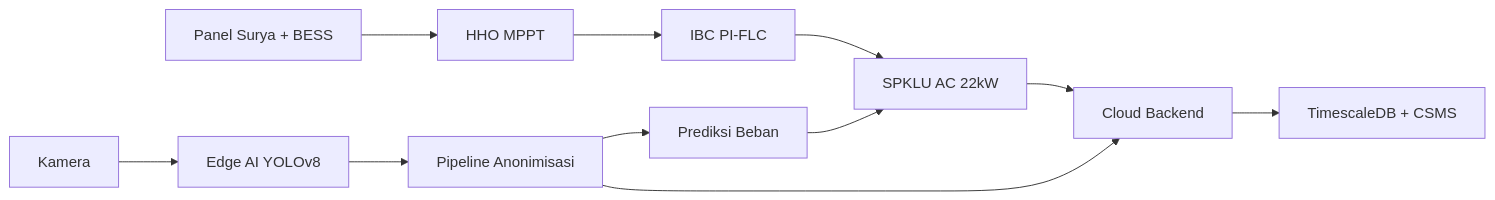
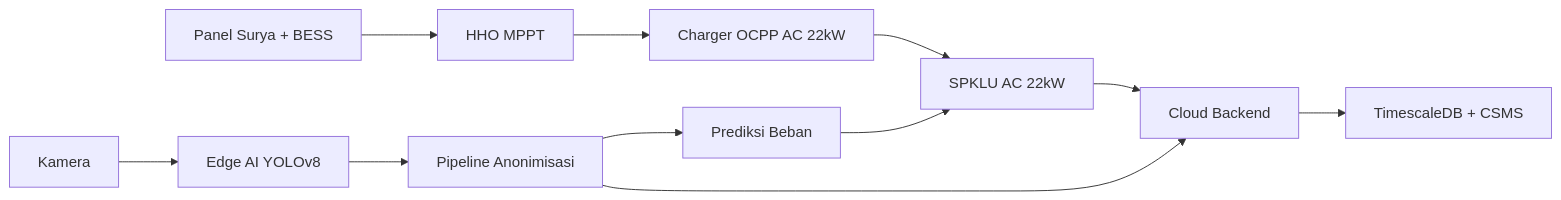
The diagram in newproposal2.md (bagaswap111/riim-brin-2026-proposal), drawn with Mermaid before and after one commit. The commit also changed other lines of this file and 4 other files, not shown here.

````diff
--- a/newproposal2.md
+++ b/newproposal2.md
@@ -147,13 +147,13 @@
 ```mermaid
 flowchart LR
     A[Panel Surya + BESS] --> B[HHO MPPT]
-    B --> C[IBC PI-FLC]
+    B --> C[Charger OCPP AC 22kW]
     C --> D[SPKLU AC 22kW]
     E[Kamera] --> F[Edge AI YOLOv8]
     F --> G[Pipeline Anonimisasi]
     G --> H[Prediksi Beban]
     H --> D
     G --> I[Cloud Backend]
     I --> J[TimescaleDB + CSMS]
     D --> I
 ```
````
